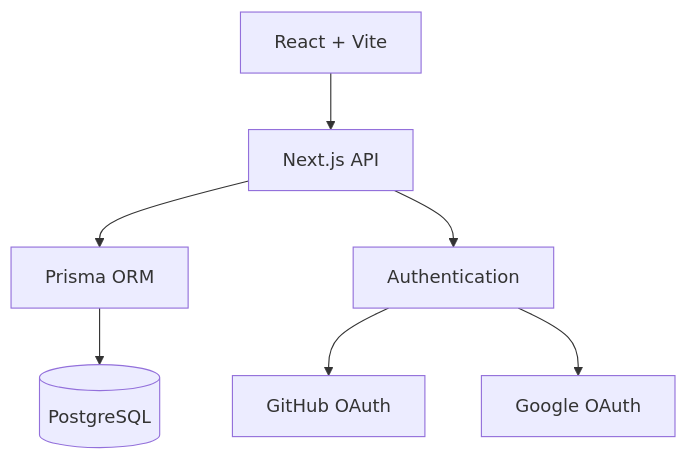
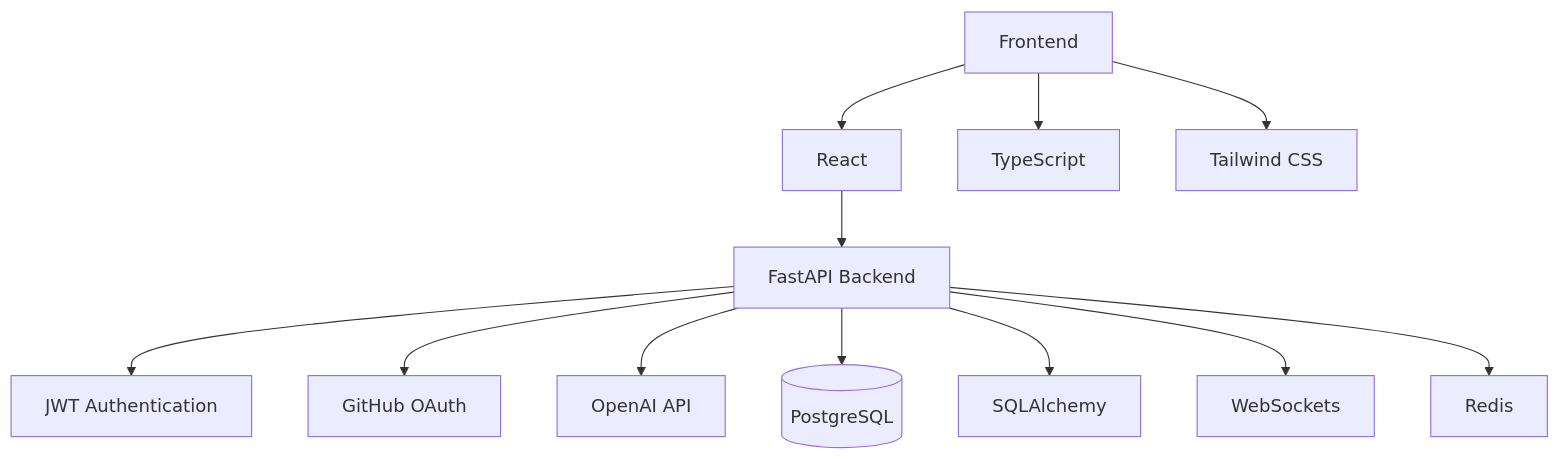
Before and after one commit to aryansaini101007-rgb/devlink: the diagram in README.md, drawn with Mermaid. The commit also changed other lines of this file, not shown here.

````diff
--- a/README.md
+++ b/README.md
@@ -65,9 +182,27 @@
 ```mermaid
 graph TD
-A[React + Vite] --> B[Next.js API]
-B --> C[Prisma ORM]
-C --> D[(PostgreSQL)]
-B --> E[Authentication]
-E --> F[GitHub OAuth]
-E --> G[Google OAuth]
+
+A[Frontend]
+
+A --> B[React]
+
+A --> C[TypeScript]
+
+A --> D[Tailwind CSS]
+
+B --> E[FastAPI Backend]
+
+E --> F[JWT Authentication]
+
+E --> G[GitHub OAuth]
+
+E --> H[OpenAI API]
+
+E --> I[(PostgreSQL)]
+
+E --> J[SQLAlchemy]
+
+E --> K[WebSockets]
+
+E --> L[Redis]
 ```
````
